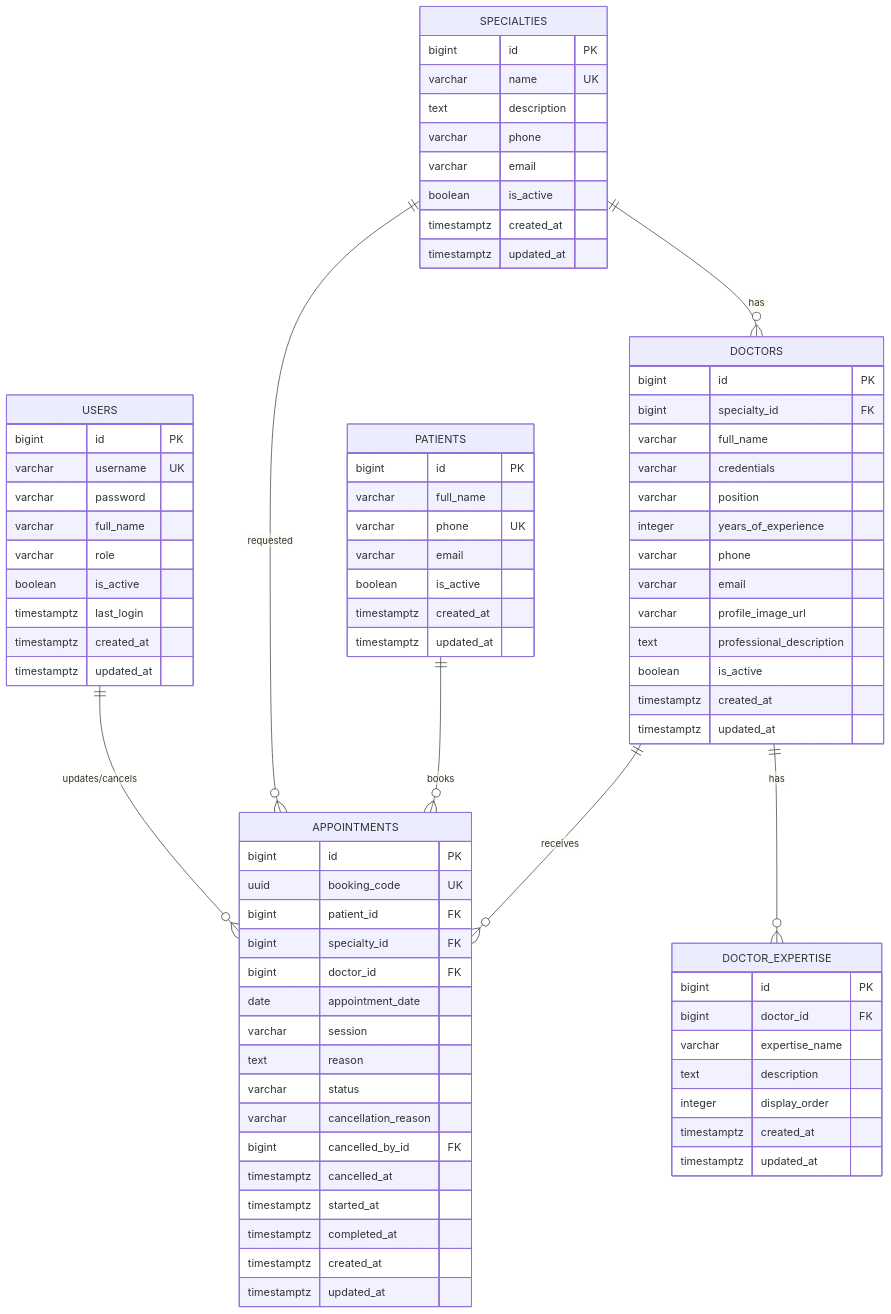
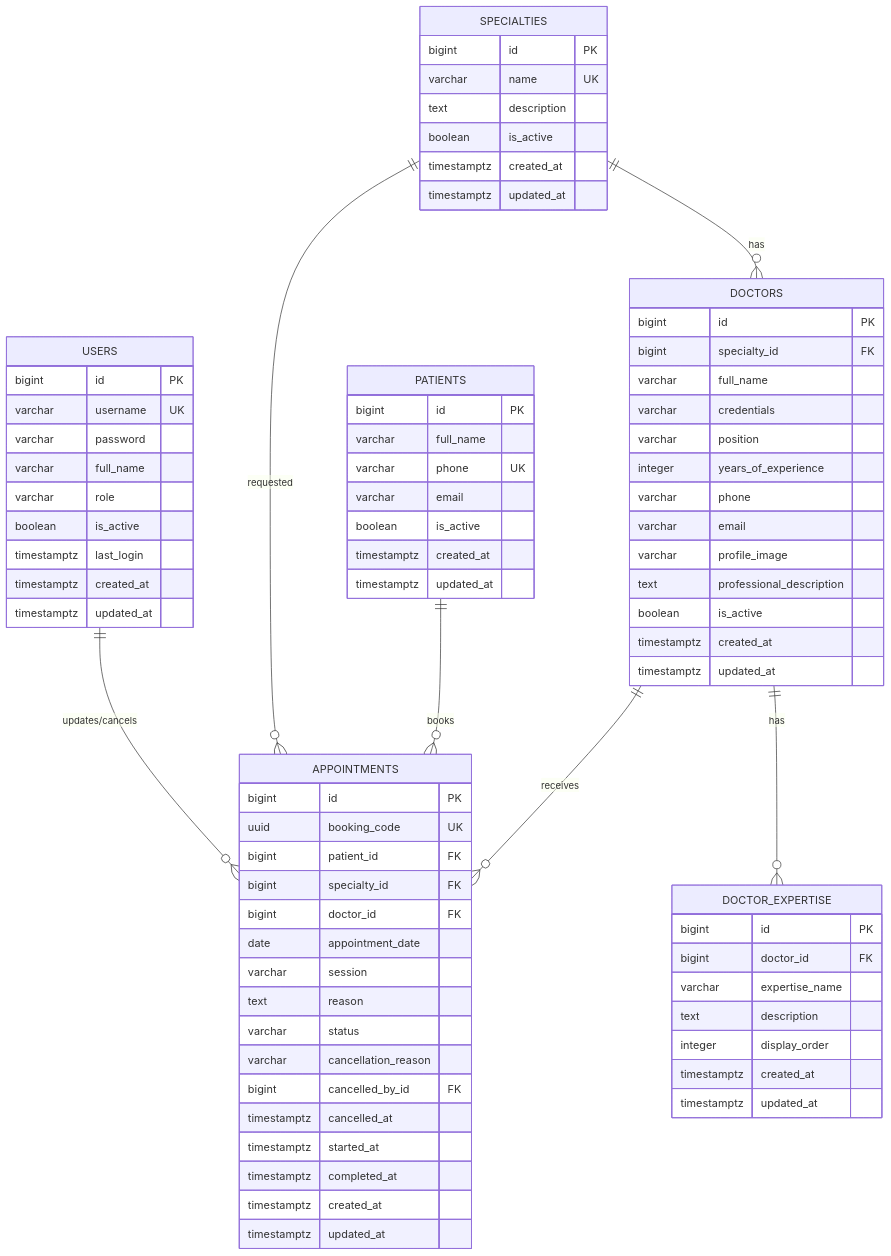
One commit to phuong20020720/IE221_LapTrinhPython changed the diagram in inception/plainning/thiết-kế-database-và-erd.md. Above: the diagram before and after it, drawn with Mermaid. The commit also changed other lines of this file and 192 other files, not shown here.

```diff
--- a/inception/plainning/thiết-kế-database-và-erd.md
+++ b/inception/plainning/thiết-kế-database-và-erd.md
@@ -52,8 +52,6 @@
         bigint id PK
         varchar name UK
         text description
-        varchar phone
-        varchar email
         boolean is_active
         timestamptz created_at
         timestamptz updated_at
@@ -68,7 +66,7 @@
         integer years_of_experience
         varchar phone
         varchar email
-        varchar profile_image_url
+        varchar profile_image
         text professional_description
         boolean is_active
         timestamptz created_at
```
